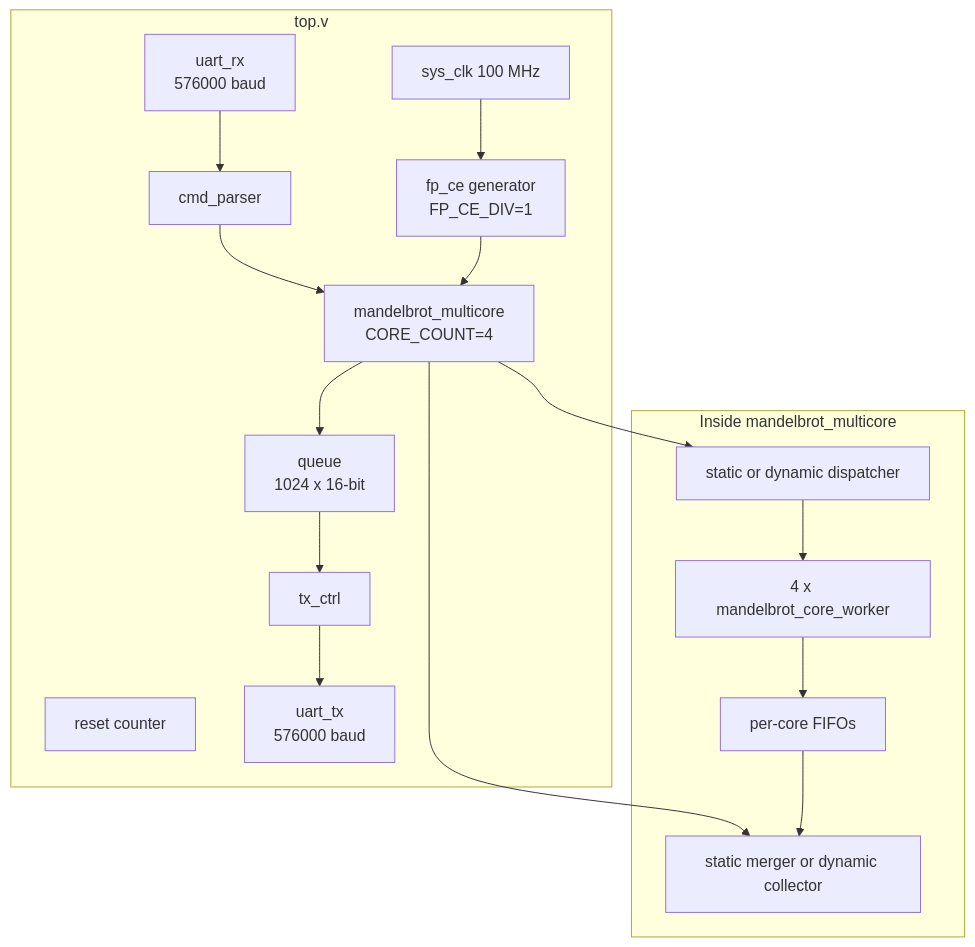
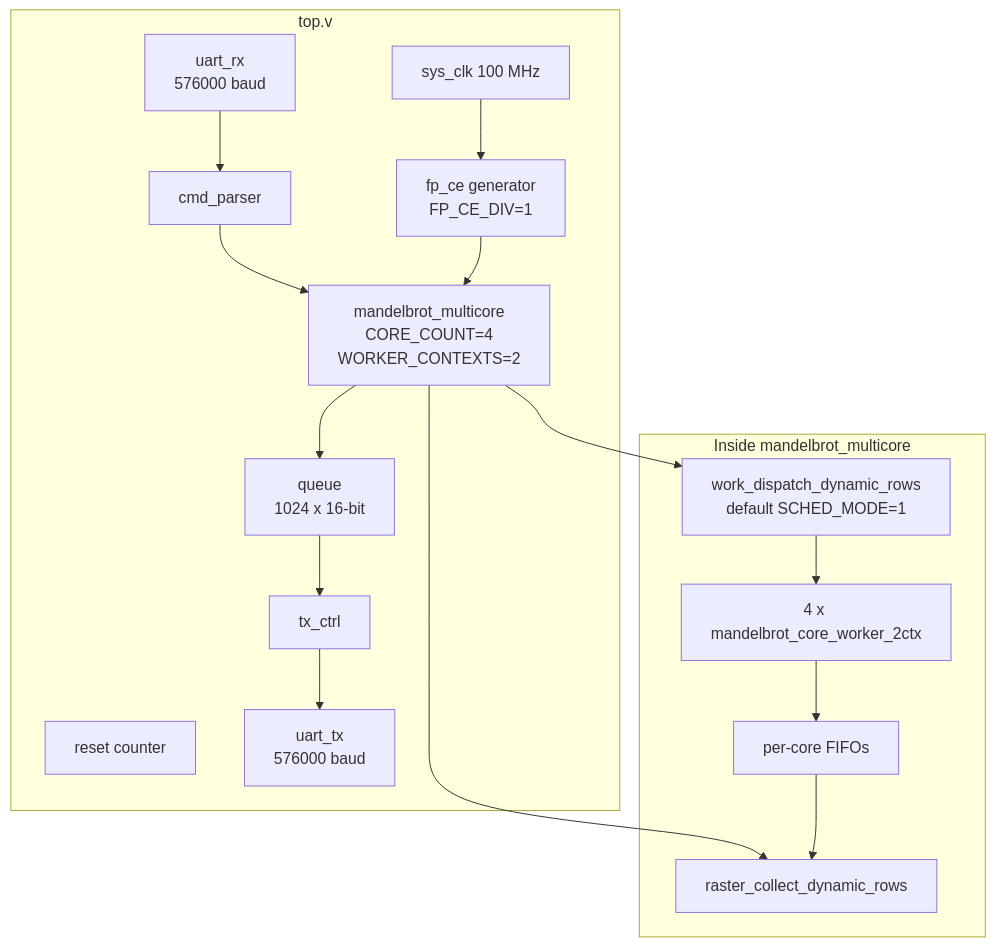
One commit to RESBI/FPGA-Mandelbrot-Demo changed the second of 4 diagrams in README.md. Above: the diagram before and after it, drawn with Mermaid. The commit also changed other lines of this file, not shown here.

Commit message:
Update README for two-context default design

````diff
--- a/README.md
+++ b/README.md
@@ -107,29 +121,29 @@
 ```mermaid
 flowchart TB
     subgraph TOP[top.v]
         CLK[sys_clk 100 MHz] --> CE[fp_ce generator<br/>FP_CE_DIV=1]
         RST[reset counter]
 
         URX[uart_rx<br/>576000 baud]
         UTX[uart_tx<br/>576000 baud]
         CMD[cmd_parser]
-        CORE[mandelbrot_multicore<br/>CORE_COUNT=4]
+        CORE[mandelbrot_multicore<br/>CORE_COUNT=4<br/>WORKER_CONTEXTS=2]
         FIFO[queue<br/>1024 x 16-bit]
         TXC[tx_ctrl]
 
         URX --> CMD
         CMD --> CORE
         CE --> CORE
         CORE --> FIFO
         FIFO --> TXC
         TXC --> UTX
     end
 
     subgraph MC[Inside mandelbrot_multicore]
-        CORE --> DISP[static or dynamic dispatcher]
-        CORE --> MERGE[static merger or dynamic collector]
-        DISP --> WORKERS[4 x mandelbrot_core_worker]
+        CORE --> DISP[work_dispatch_dynamic_rows<br/>default SCHED_MODE=1]
+        CORE --> MERGE[raster_collect_dynamic_rows]
+        DISP --> WORKERS[4 x mandelbrot_core_worker_2ctx]
         WORKERS --> CFIFO[per-core FIFOs]
         CFIFO --> MERGE
     end
 ```
````
